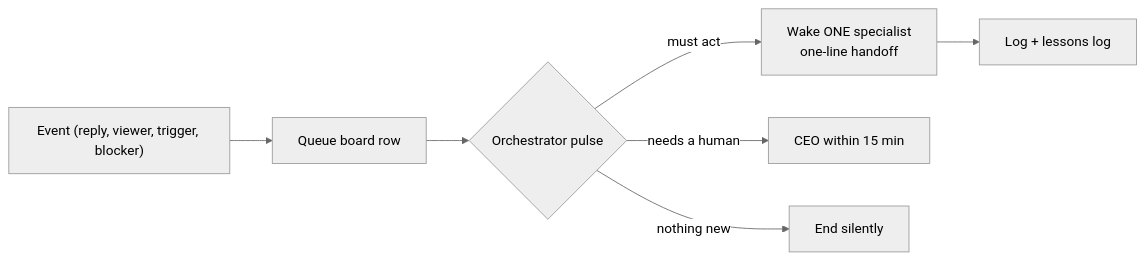
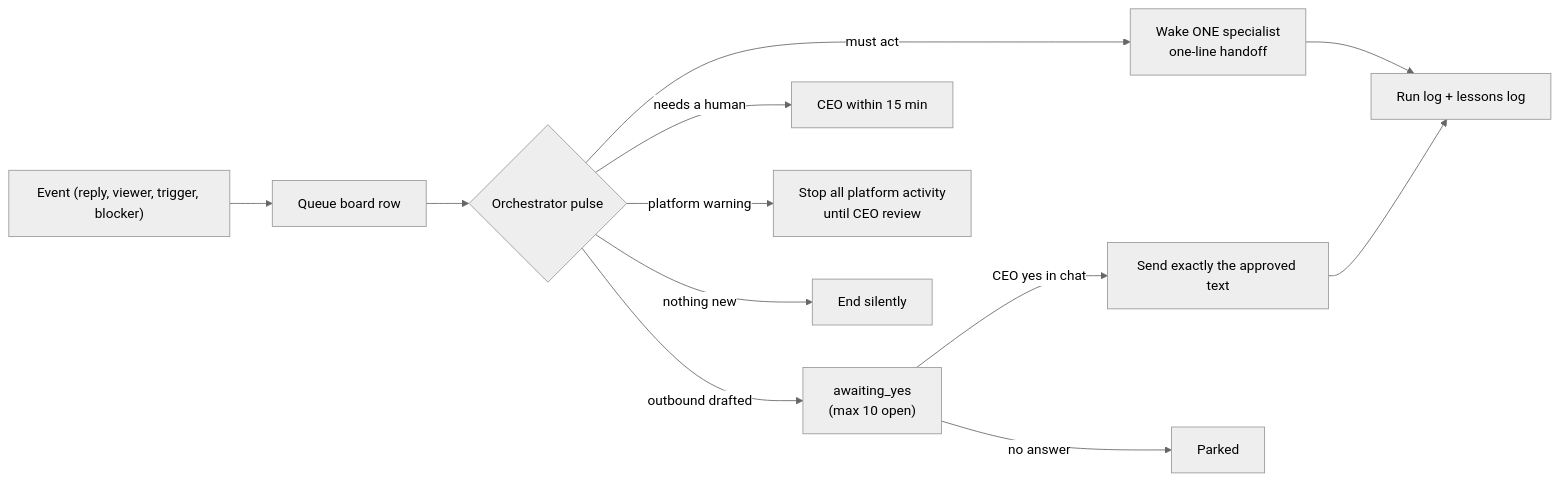
One commit to ldstrapasson/ai-ops-os changed the second of 2 diagrams in docs/ARCHITECTURE.md. Above: the diagram before and after it, drawn with Mermaid (neutral theme). The commit also changed other lines of this file and 2 other files, not shown here.

Commit message:
Update architecture and metrics as of 16 Oct 2026

````diff
--- a/docs/ARCHITECTURE.md
+++ b/docs/ARCHITECTURE.md
@@ -34,9 +36,14 @@
 ```mermaid
 flowchart LR
     E["Event (reply, viewer, trigger, blocker)"] --> Q["Queue board row"]
     Q --> O{"Orchestrator pulse"}
     O -->|must act| S["Wake ONE specialist<br/>one-line handoff"]
+    O -->|outbound drafted| A["awaiting_yes<br/>(max 10 open)"]
+    A -->|CEO yes in chat| SEND["Send exactly the approved text"]
+    A -->|no answer| P["Parked"]
     O -->|needs a human| H["CEO within 15 min"]
+    O -->|platform warning| STOP["Stop all platform activity<br/>until CEO review"]
     O -->|nothing new| X["End silently"]
-    S --> L["Log + lessons log"]
+    S --> L["Run log + lessons log"]
+    SEND --> L
 ```
````
